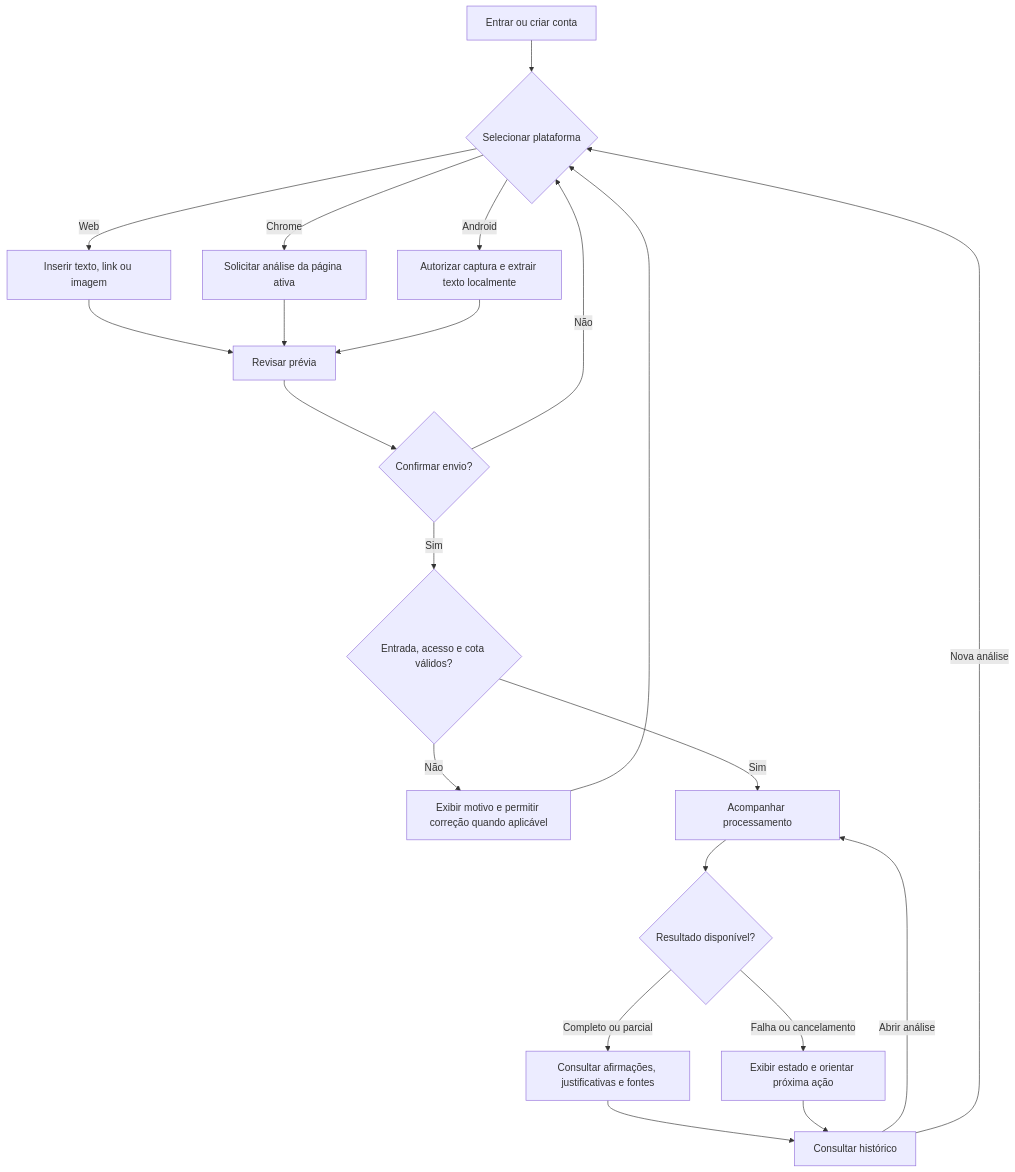
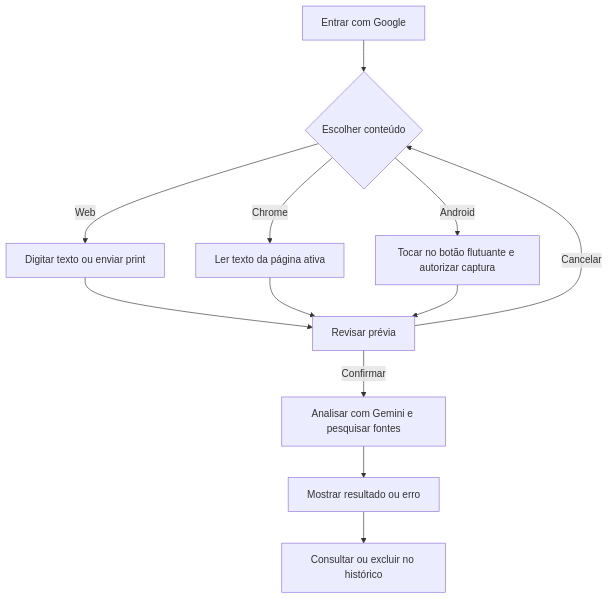
Before and after one commit to Muski360/AutenticAI: the diagram in docs/REQUISITOS_E_PROTOTIPAGEM.md, drawn with Mermaid. The commit also changed other lines of this file and 8 other files, not shown here.

````diff
--- a/docs/REQUISITOS_E_PROTOTIPAGEM.md
+++ b/docs/REQUISITOS_E_PROTOTIPAGEM.md
@@ -11,23 +9,14 @@
 ```mermaid
 flowchart TD
-    A["Entrar ou criar conta"] --> B{"Selecionar plataforma"}
-    B -->|Web| C["Inserir texto, link ou imagem"]
-    B -->|Chrome| D["Solicitar análise da página ativa"]
-    B -->|Android| E["Autorizar captura e extrair texto localmente"]
-    C --> F["Revisar prévia"]
+    A[Entrar com Google] --> B{Escolher conteúdo}
+    B -->|Web| C[Digitar texto ou enviar print]
+    B -->|Chrome| D[Ler texto da página ativa]
+    B -->|Android| E[Tocar no botão flutuante e autorizar captura]
+    C --> F[Revisar prévia]
     D --> F
     E --> F
-    F --> G{"Confirmar envio?"}
-    G -->|Não| B
-    G -->|Sim| H{"Entrada, acesso e cota válidos?"}
-    H -->|Não| I["Exibir motivo e permitir correção quando aplicável"]
-    I --> B
-    H -->|Sim| J["Acompanhar processamento"]
-    J --> K{"Resultado disponível?"}
-    K -->|Completo ou parcial| L["Consultar afirmações, justificativas e fontes"]
-    K -->|Falha ou cancelamento| M["Exibir estado e orientar próxima ação"]
-    L --> N["Consultar histórico"]
-    M --> N
-    N -->|Abrir análise| J
-    N -->|Nova análise| B
+    F -->|Confirmar| G[Analisar com Gemini e pesquisar fontes]
+    F -->|Cancelar| B
+    G --> H[Mostrar resultado ou erro]
+    H --> I[Consultar ou excluir no histórico]
 ```
````
